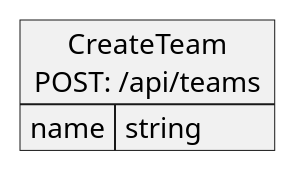
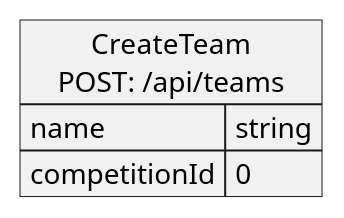
One commit to JKMN-Projects/TeamTactics changed the diagram in docs/JSON Contracts/Requests/CreateTeam.puml. Above: the diagram before and after it, drawn with PlantUML. The commit also changed 16 other files, not shown here.

```diff
--- a/docs/JSON Contracts/Requests/CreateTeam.puml
+++ b/docs/JSON Contracts/Requests/CreateTeam.puml
@@ -1,7 +1,8 @@
 @startuml Create team request
 
 json "CreateTeam\nPOST: /api/teams" as createTeamRequest {
-    "name": "string"
+    "name": "string",
+    "competitionId": 0
 }
 
 @enduml
```
